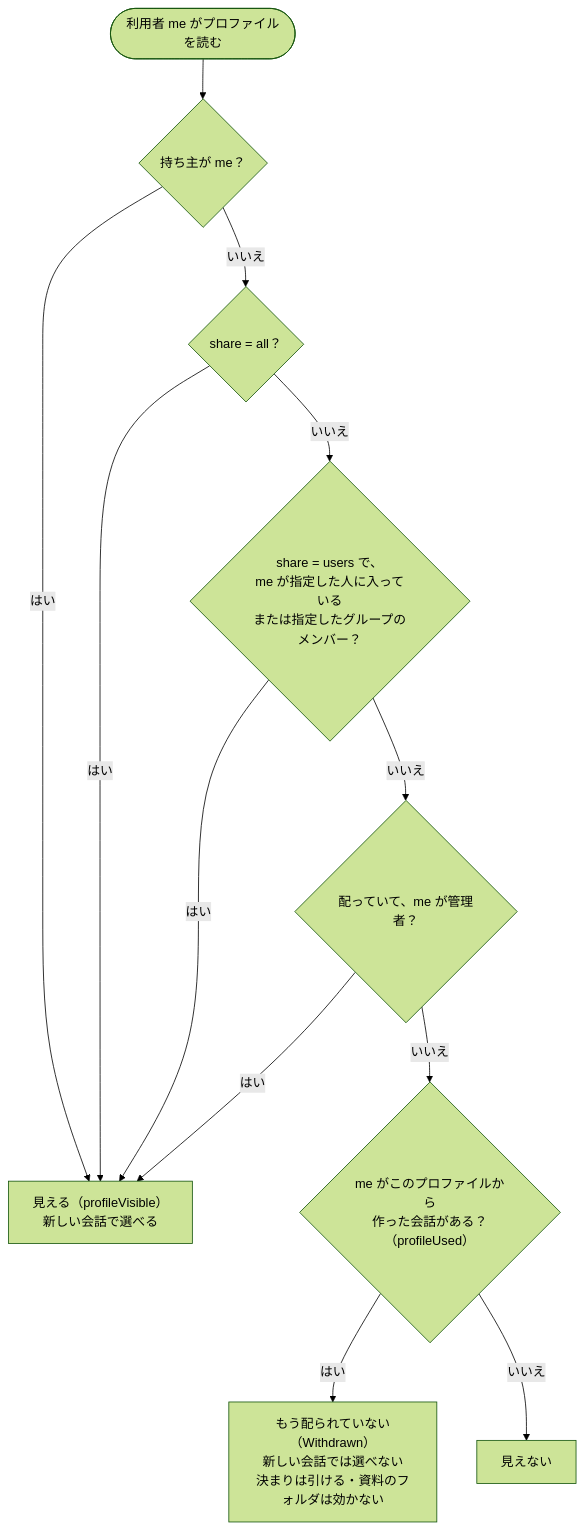
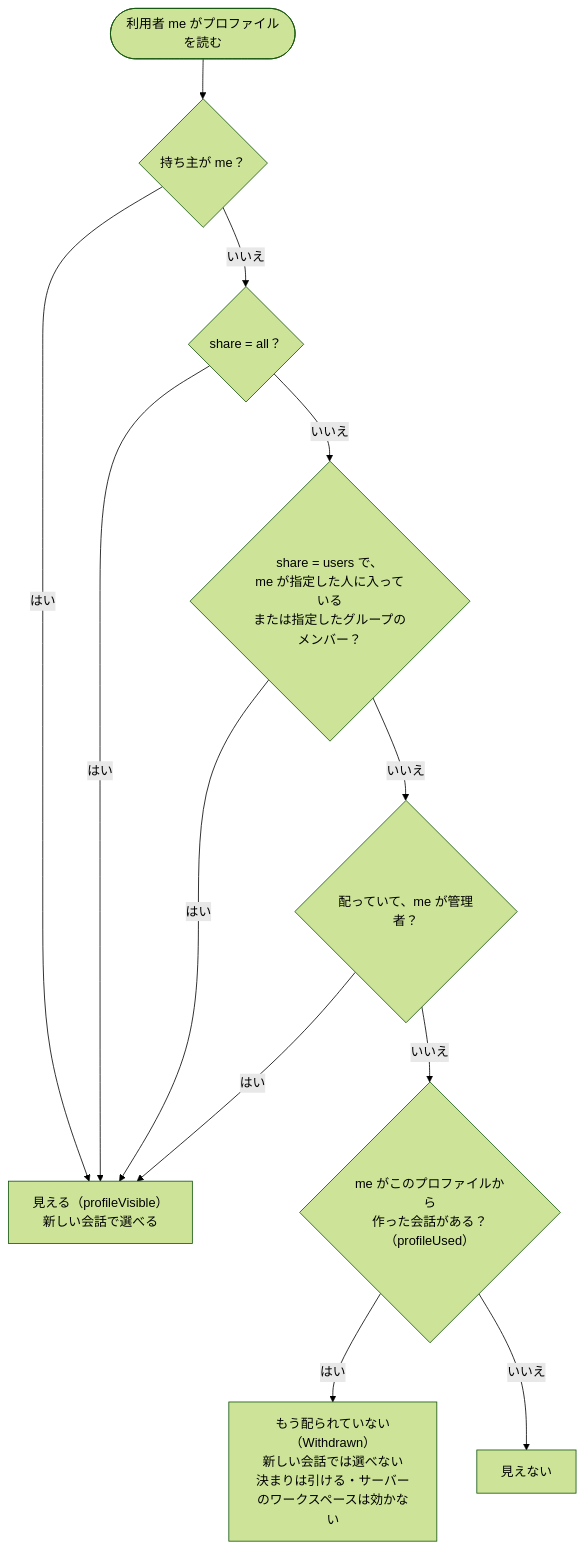
One commit to secondarykey/aibow changed the third of 7 diagrams in _docs/diagrams-profiles.md. Above: the diagram before and after it, drawn with Mermaid (forest theme). The commit also changed other lines of this file and 13 other files, not shown here.

````diff
--- a/_docs/diagrams-profiles.md
+++ b/_docs/diagrams-profiles.md
@@ -76,14 +76,14 @@
 ```mermaid
 flowchart TD
   Q(["利用者 me がプロファイルを読む"]) --> O{"持ち主が me？"}
   O -- はい --> VIS["見える（profileVisible）<br/>新しい会話で選べる"]
   O -- いいえ --> A{"share = all？"}
   A -- はい --> VIS
   A -- いいえ --> US{"share = users で、<br/>me が指定した人に入っている<br/>または指定したグループのメンバー？"}
   US -- はい --> VIS
   US -- いいえ --> AD{"配っていて、me が管理者？"}
   AD -- はい --> VIS
   AD -- いいえ --> USED{"me がこのプロファイルから<br/>作った会話がある？（profileUsed）"}
-  USED -- はい --> WD["もう配られていない（Withdrawn）<br/>新しい会話では選べない<br/>決まりは引ける・資料のフォルダは効かない"]
+  USED -- はい --> WD["もう配られていない（Withdrawn）<br/>新しい会話では選べない<br/>決まりは引ける・サーバーのワークスペースは効かない"]
   USED -- いいえ --> NO["見えない"]
 ```
````
